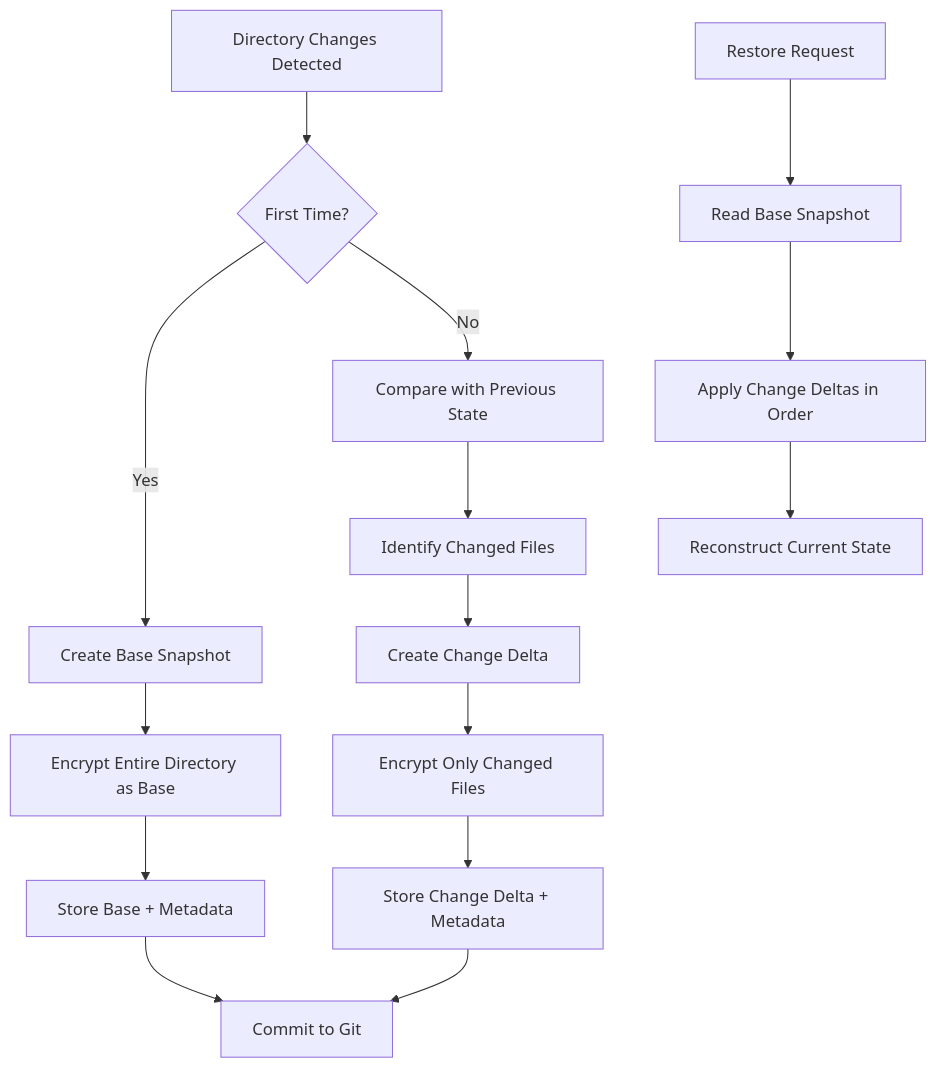
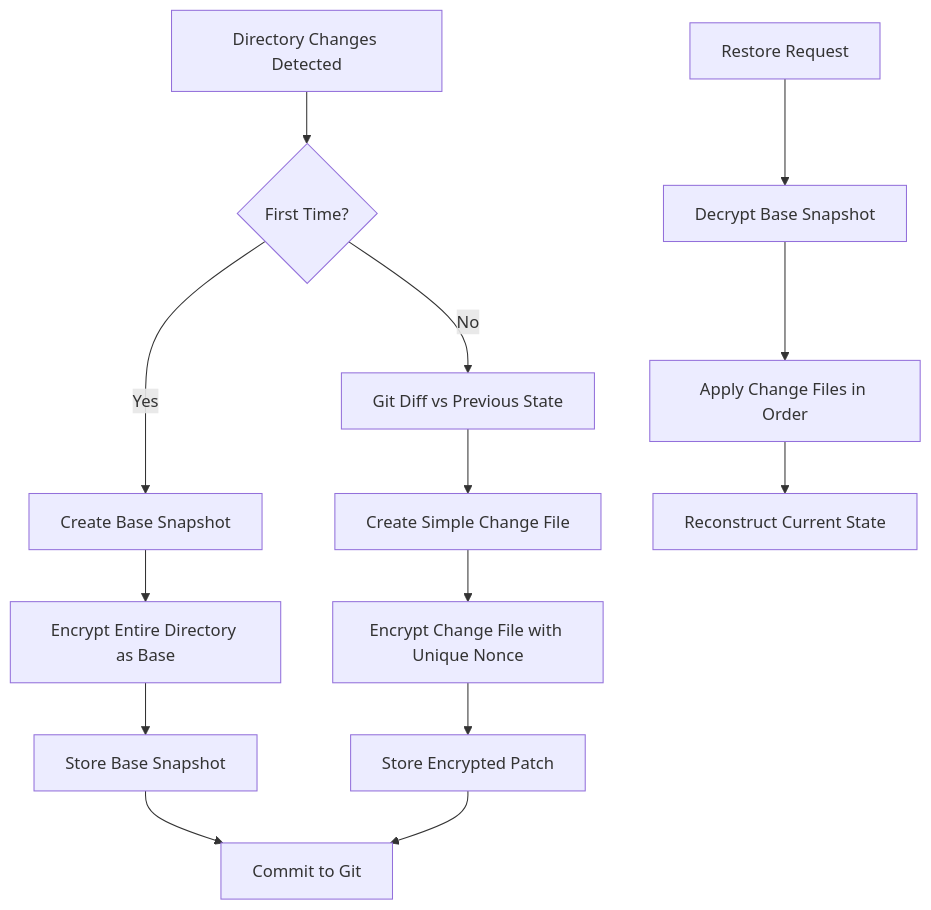
One commit to benjaminpreiss/git-vault changed the diagram in README.md. Above: the diagram before and after it, drawn with Mermaid. The commit also changed other lines of this file and 8 other files, not shown here.

First line of the commit message:
refactor: Replace git-based patches with bash-native diff implementation

````diff
--- a/README.md
+++ b/README.md
@@ -422,21 +443,20 @@
 ```mermaid
 graph TD
     A[Directory Changes Detected] --> B{First Time?}
     B -->|Yes| C[Create Base Snapshot]
-    B -->|No| D[Compare with Previous State]
+    B -->|No| D[Git Diff vs Previous State]
 
     C --> E[Encrypt Entire Directory as Base]
-    E --> F[Store Base + Metadata]
+    E --> F[Store Base Snapshot]
 
-    D --> G[Identify Changed Files]
-    G --> H[Create Change Delta]
-    H --> I[Encrypt Only Changed Files]
-    I --> J[Store Change Delta + Metadata]
+    D --> G[Create Simple Change File]
+    G --> H[Encrypt Change File with Unique Nonce]
+    H --> I[Store Encrypted Patch]
 
-    F --> K[Commit to Git]
-    J --> K
+    F --> J[Commit to Git]
+    I --> J
 
-    L[Restore Request] --> M[Read Base Snapshot]
-    M --> N[Apply Change Deltas in Order]
-    N --> O[Reconstruct Current State]
+    K[Restore Request] --> L[Decrypt Base Snapshot]
+    L --> M[Apply Change Files in Order]
+    M --> N[Reconstruct Current State]
 ```
````
